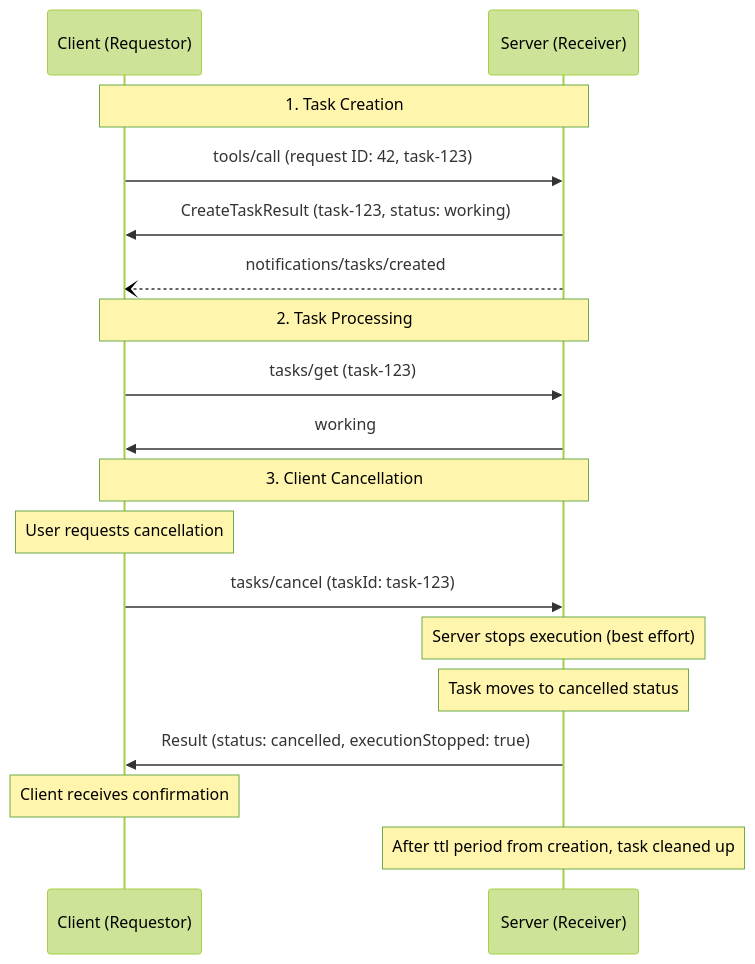
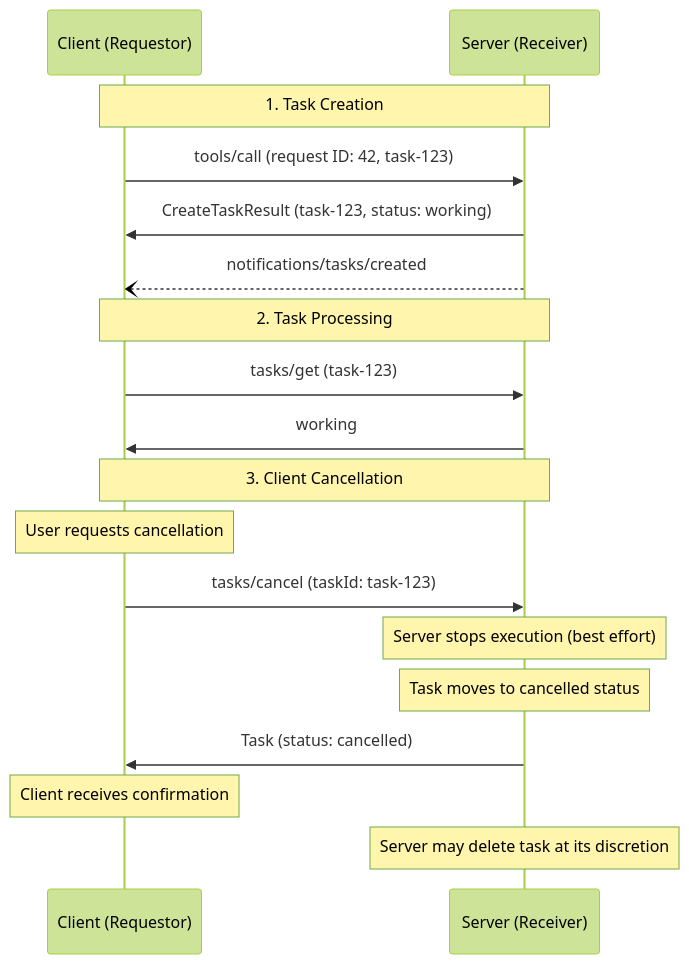
One commit to scottslewis/modelcontextprotocol changed the fifth of 5 diagrams in docs/specification/draft/basic/utilities/tasks.mdx. Above: the diagram before and after it, drawn with Mermaid (forest theme). The commit also changed other lines of this file and 3 other files, not shown here.

Commit message:
Make CancelTaskResult include full task; loosen deletion reqs

````diff
--- a/docs/specification/draft/basic/utilities/tasks.mdx
+++ b/docs/specification/draft/basic/utilities/tasks.mdx
@@ -617,27 +587,27 @@
 ```mermaid
 sequenceDiagram
     participant C as Client (Requestor)
     participant S as Server (Receiver)
 
     Note over C,S: 1. Task Creation
     C->>S: tools/call (request ID: 42, task-123)
     S->>C: CreateTaskResult (task-123, status: working)
     S--)C: notifications/tasks/created
 
     Note over C,S: 2. Task Processing
     C->>S: tasks/get (task-123)
     S->>C: working
 
     Note over C,S: 3. Client Cancellation
     Note over C: User requests cancellation
     C->>S: tasks/cancel (taskId: task-123)
 
     Note over S: Server stops execution (best effort)
     Note over S: Task moves to cancelled status
 
-    S->>C: Result (status: cancelled, executionStopped: true)
+    S->>C: Task (status: cancelled)
 
     Note over C: Client receives confirmation
 
-    Note over S: After ttl period from creation, task cleaned up
+    Note over S: Server may delete task at its discretion
 ```
````
